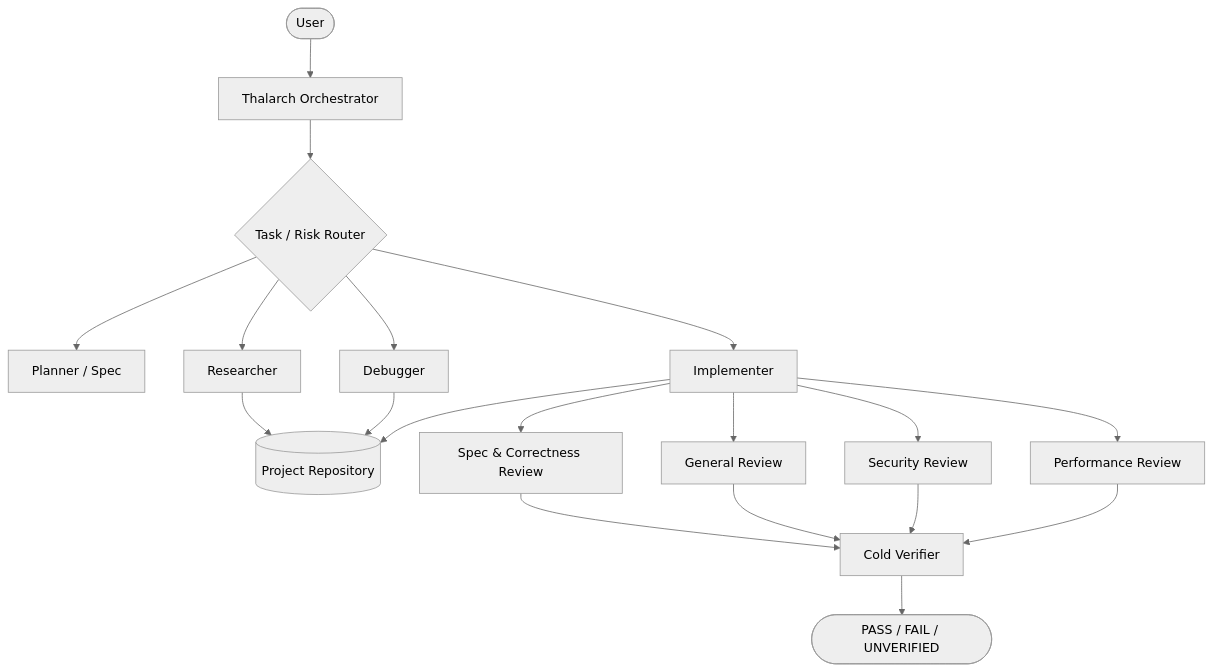
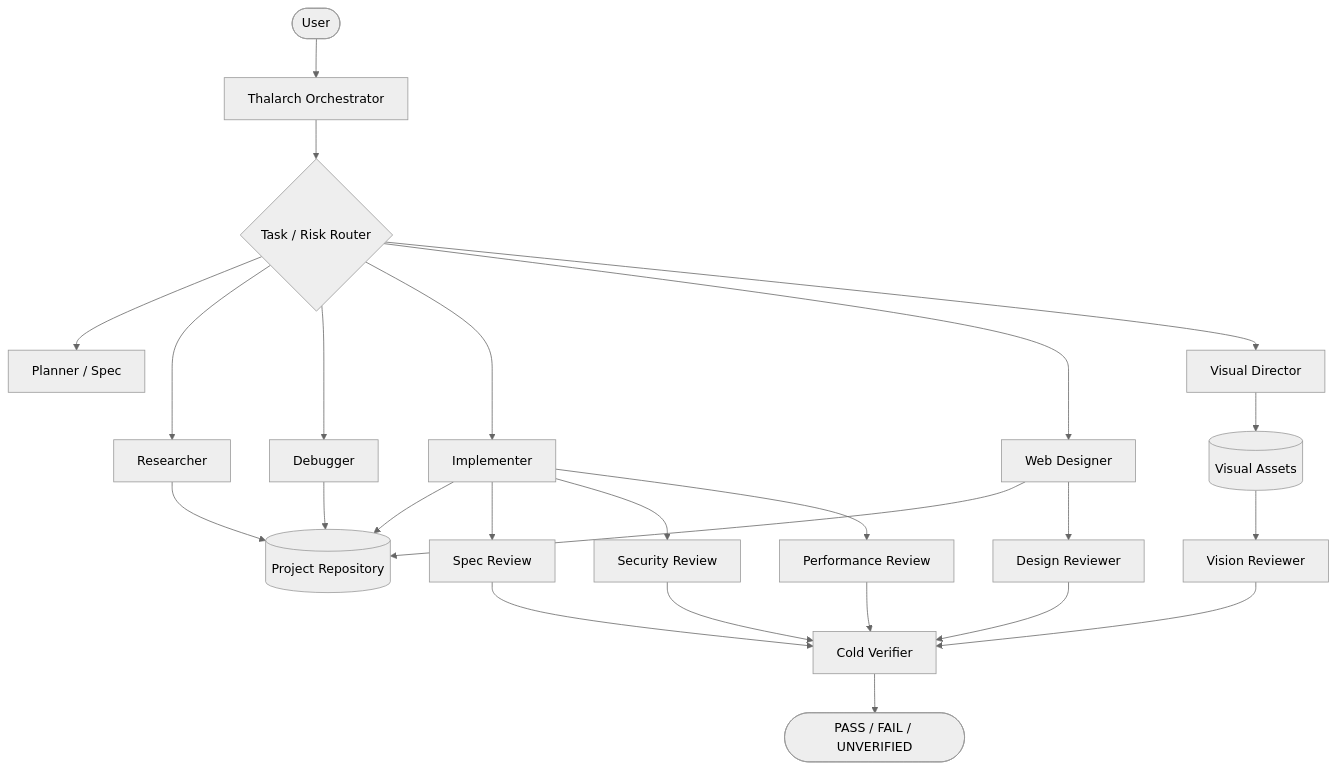
Before and after one commit to LUC4N3X/antigravity-thalarch: the diagram in README.md, drawn with Mermaid (neutral theme). The commit also changed other lines of this file and 23 other files, not shown here.

Commit message:
feat: add visual design and image generation pipeline

````diff
--- a/README.md
+++ b/README.md
@@ -64,25 +69,31 @@
 ```mermaid
 graph TD
     U([User]) --> O[Thalarch Orchestrator]
     O --> R{Task / Risk Router}
 
     R --> P[Planner / Spec]
     R --> Q[Researcher]
     R --> D[Debugger]
     R --> I[Implementer]
+    R --> WD[Web Designer]
+    R --> VD[Visual Director]
 
     I --> C[(Project Repository)]
+    WD --> C
     D --> C
     Q --> C
+    VD --> A[(Visual Assets)]
 
-    I --> RS[Spec & Correctness Review]
-    I --> RG[General Review]
+    A --> VR[Vision Reviewer]
+    WD --> DR[Design Reviewer]
+    I --> RS[Spec Review]
     I --> RSEC[Security Review]
     I --> RPERF[Performance Review]
 
-    RS --> V[Cold Verifier]
-    RG --> V
+    VR --> V[Cold Verifier]
+    DR --> V
+    RS --> V
     RSEC --> V
     RPERF --> V
     V --> E([PASS / FAIL / UNVERIFIED])
 ```
````
